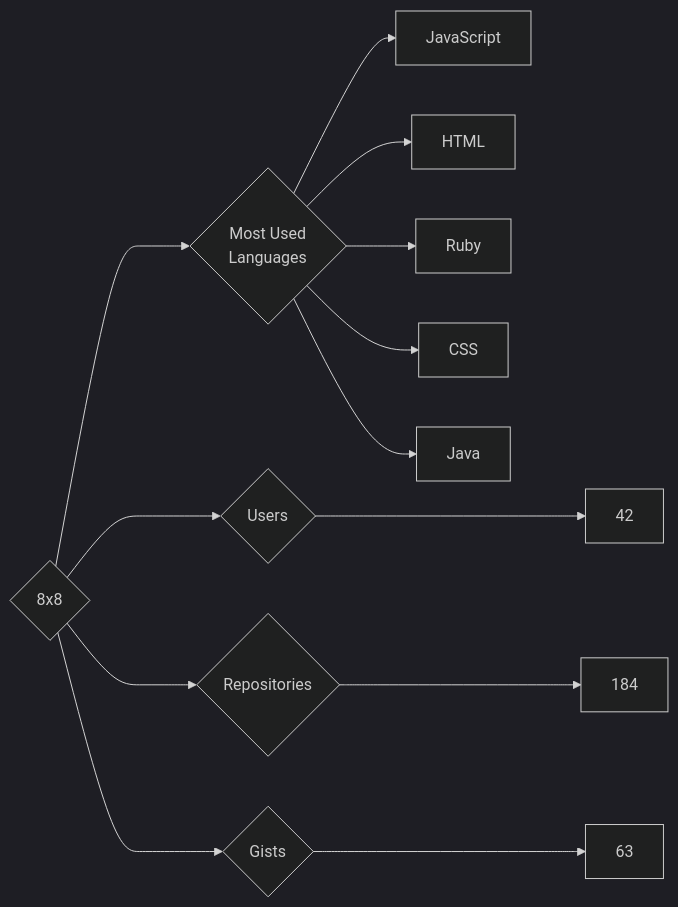
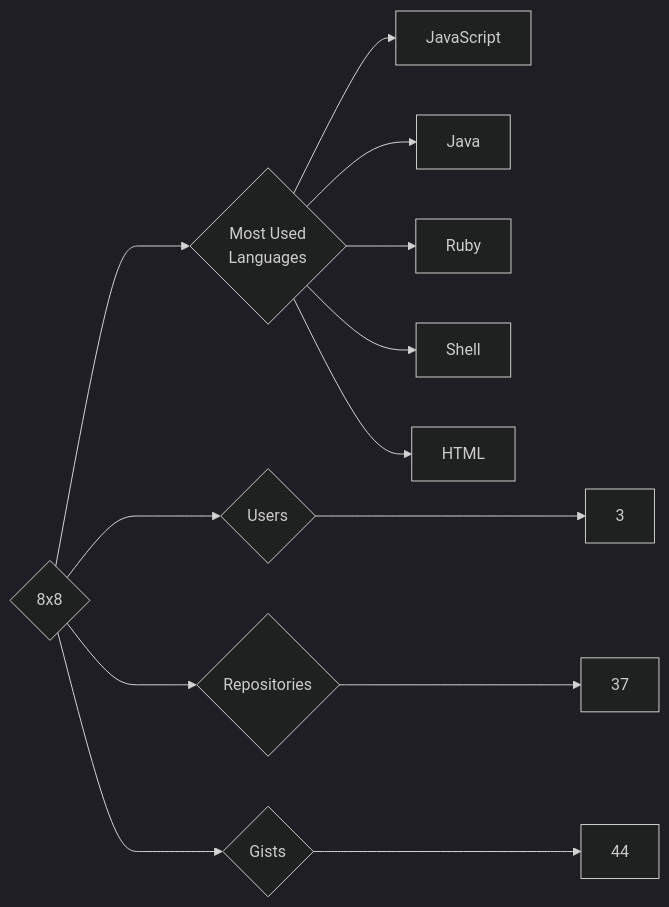
The diagram in targets/8x8/README.md (trickest/insiders), drawn with Mermaid (dark theme) before and after one commit. The commit also changed 636 other files, not shown here.

````diff
--- a/targets/8x8/README.md
+++ b/targets/8x8/README.md
@@ -3,13 +3,13 @@
 ```mermaid
 graph LR
 COMPANY_NAME{8x8}
-COMPANY_NAME ---> U{Users} ---> UN[42]
-COMPANY_NAME ---> R{Repositories} ---> RN[184]
-COMPANY_NAME ---> G{Gists} ---> GN[63]
+COMPANY_NAME ---> U{Users} ---> UN[3]
+COMPANY_NAME ---> R{Repositories} ---> RN[37]
+COMPANY_NAME ---> G{Gists} ---> GN[44]
 COMPANY_NAME ---> ML{Most Used<br>Languages}
 ML --> JavaScript[JavaScript]
+ML --> Java[Java]
+ML --> Ruby[Ruby]
+ML --> Shell[Shell]
 ML --> HTML[HTML]
-ML --> Ruby[Ruby]
-ML --> CSS[CSS]
-ML --> Java[Java]
 ```
````
